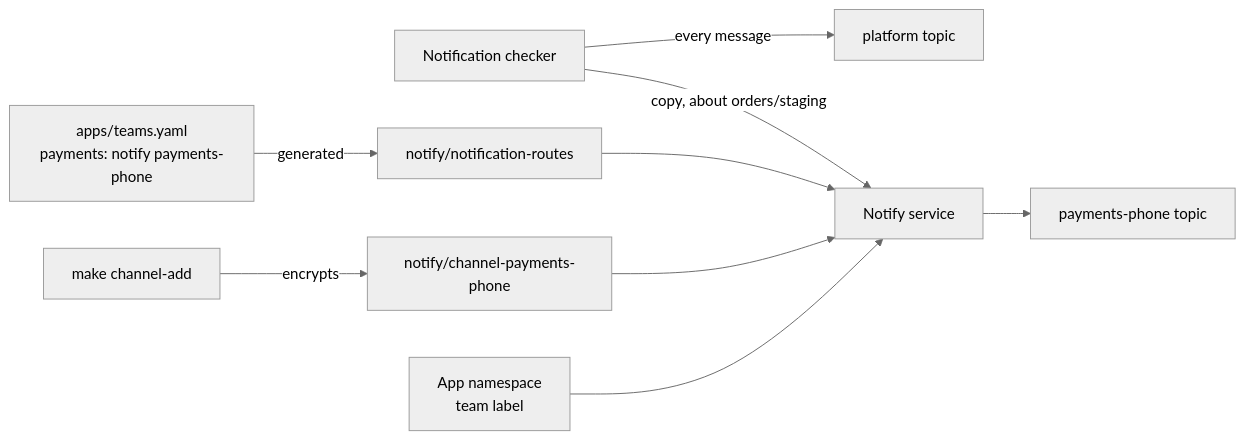
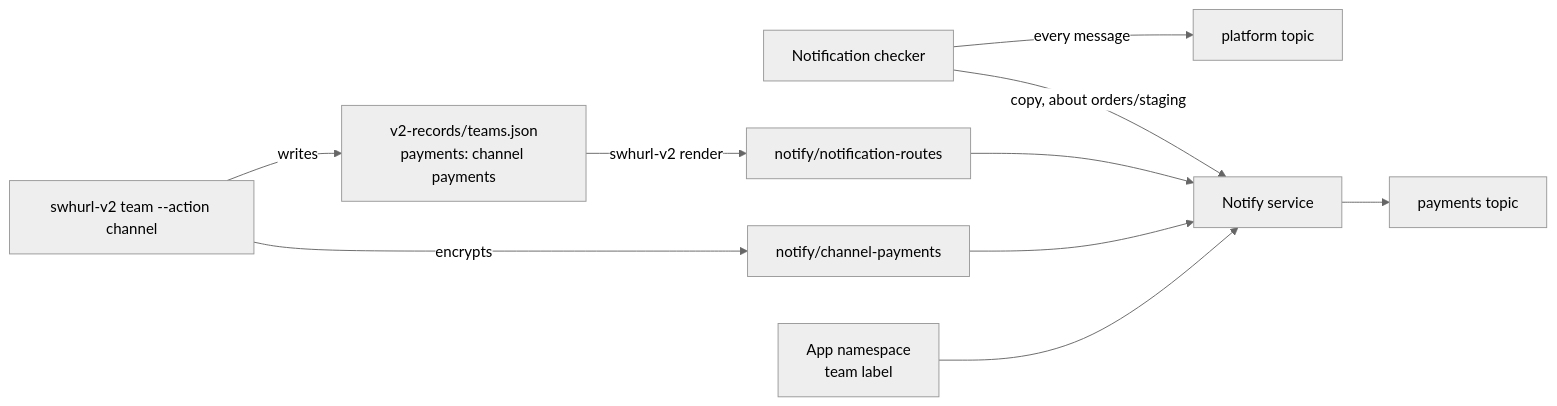
One commit to samclement/swhurl-platform changed the third of 3 diagrams in docs/services.md. Above: the diagram before and after it, drawn with Mermaid (neutral theme). The commit also changed other lines of this file and 60 other files, not shown here.

First line of the commit message:
teams: the team registry is v2's record, and its commands leave Python

````diff
--- a/docs/services.md
+++ b/docs/services.md
@@ -225,11 +225,12 @@
 ```mermaid
 flowchart LR
-    teams[apps/teams.yaml<br/>payments: notify payments-phone] -->|generated| routes[notify/notification-routes]
-    add[make channel-add] -->|encrypts| secret[notify/channel-payments-phone]
+    teams[v2-records/teams.json<br/>payments: channel payments] -->|swhurl-v2 render| routes[notify/notification-routes]
+    cmd[swhurl-v2 team --action channel] -->|encrypts| secret[notify/channel-payments]
+    cmd -->|writes| teams
     checker[Notification checker] -->|every message| platform[platform topic]
     checker -->|"copy, about orders/staging"| notify[Notify service]
     routes --> notify
     secret --> notify
     ns[App namespace<br/>team label] --> notify
-    notify --> phone[payments-phone topic]
+    notify --> phone[payments topic]
 ```
````
